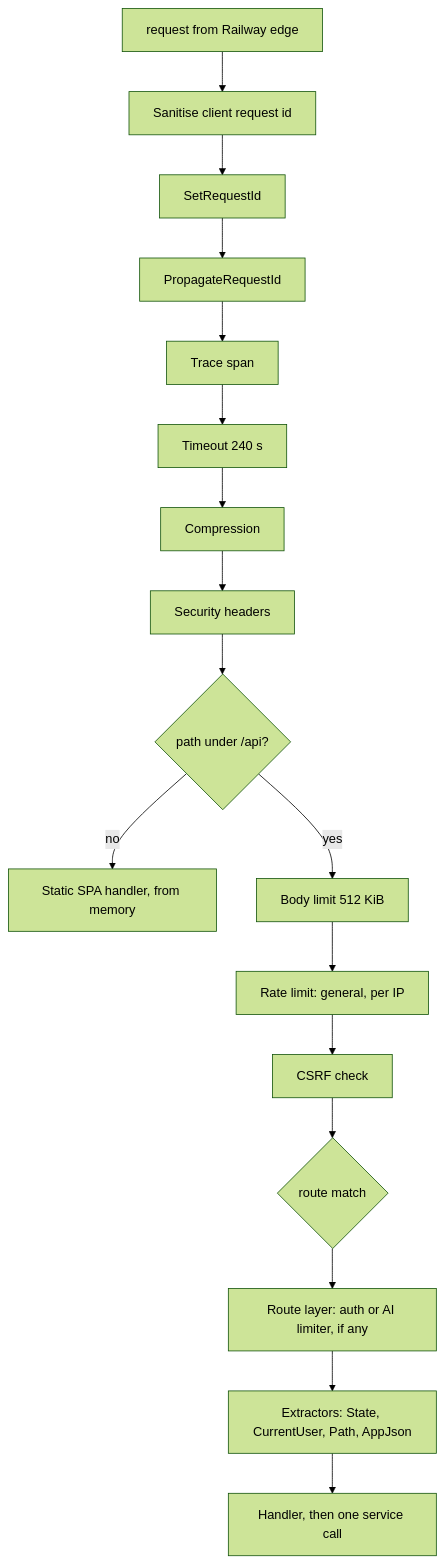
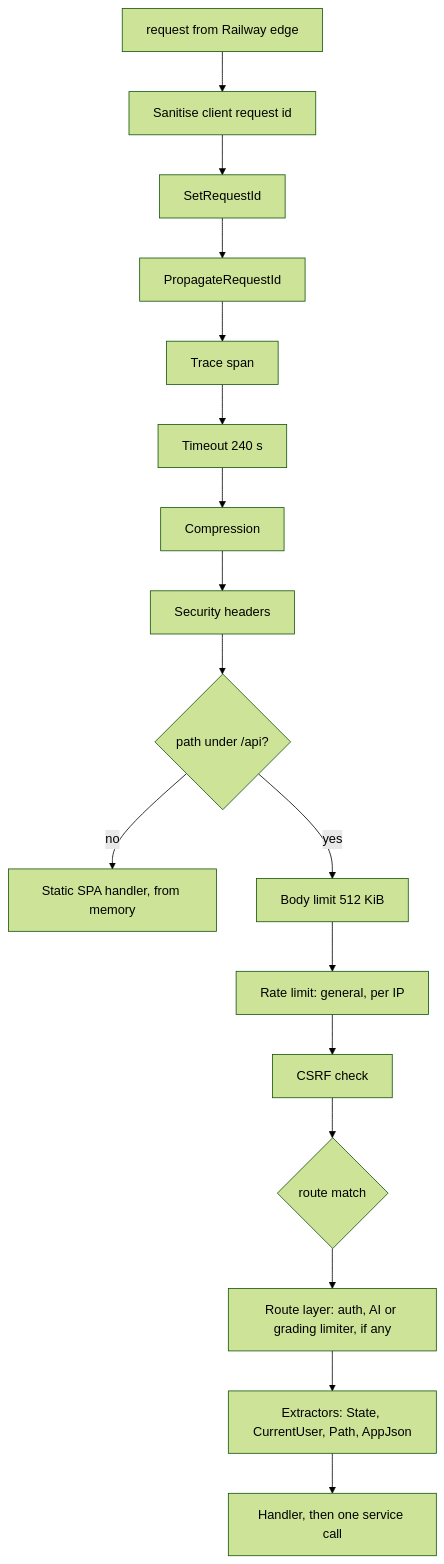
The first of 2 diagrams in content/tracks/14-case-study-ascend/01-the-system/02-anatomy-of-a-request.md (thull32/ascend), drawn with Mermaid (forest theme) before and after one commit. The commit also changed other lines of this file and 48 other files, not shown here.

````diff
--- a/content/tracks/14-case-study-ascend/01-the-system/02-anatomy-of-a-request.md
+++ b/content/tracks/14-case-study-ascend/01-the-system/02-anatomy-of-a-request.md
@@ -84,19 +84,19 @@
 ```mermaid
 flowchart TD
   RQ["request from Railway edge"] --> SN["Sanitise client request id"]
   SN --> SR["SetRequestId"]
   SR --> PR["PropagateRequestId"]
   PR --> TR["Trace span"]
   TR --> TO["Timeout 240 s"]
   TO --> CO["Compression"]
   CO --> SH["Security headers"]
   SH --> P{"path under /api?"}
   P -->|no| SPA["Static SPA handler, from memory"]
   P -->|yes| BL["Body limit 512 KiB"]
   BL --> RL["Rate limit: general, per IP"]
   RL --> CS["CSRF check"]
   CS --> RT{"route match"}
-  RT --> RLR["Route layer: auth or AI limiter, if any"]
+  RT --> RLR["Route layer: auth, AI or grading limiter, if any"]
   RLR --> EX["Extractors: State, CurrentUser, Path, AppJson"]
   EX --> H["Handler, then one service call"]
 ```
````
